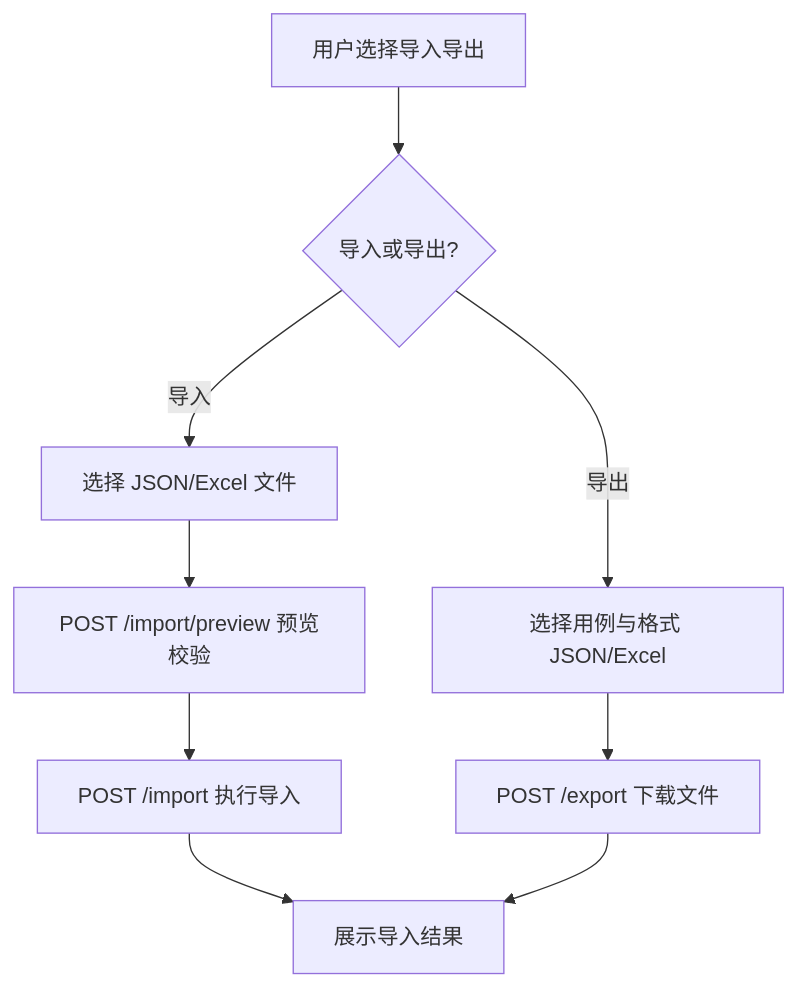
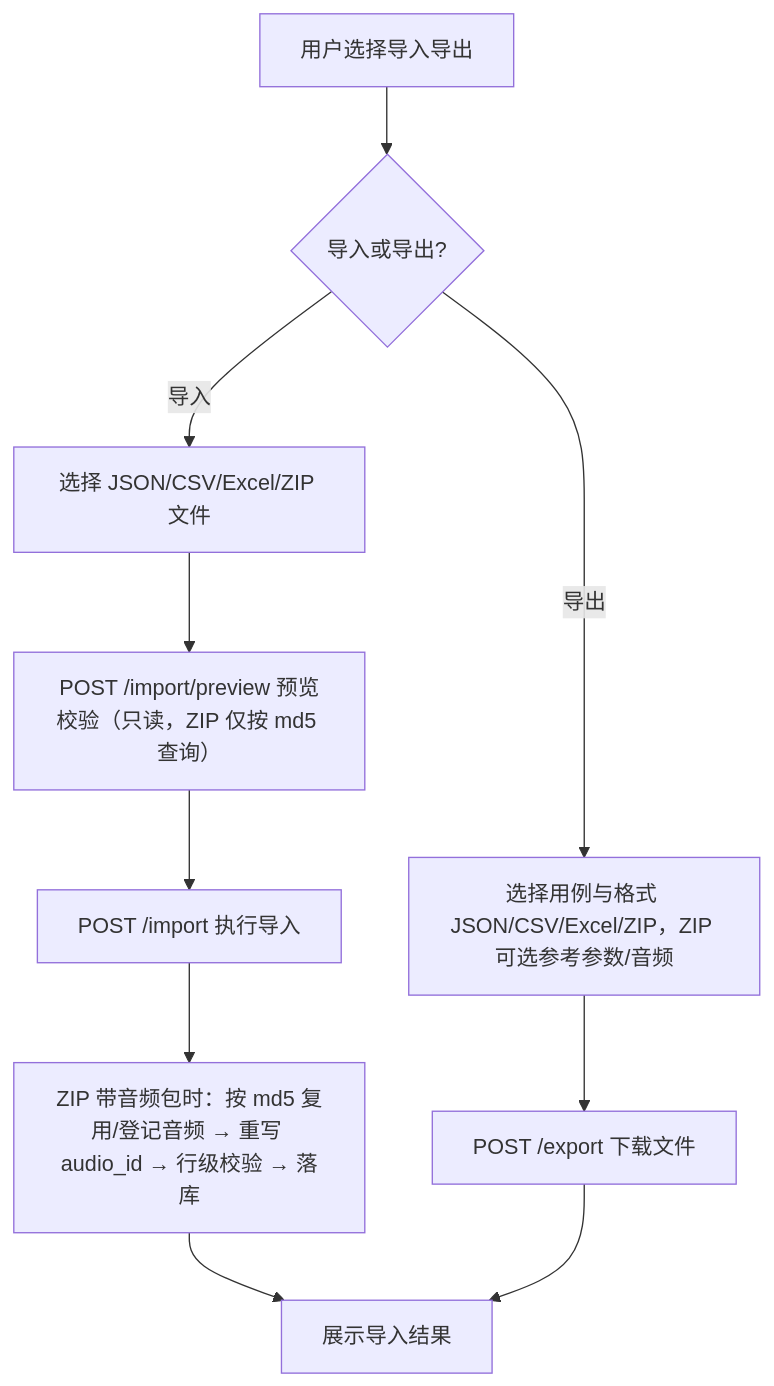
The third of 4 diagrams in Intelligent-Audio-TEST/doc/功能设计文档/07_用例管理/用例管理功能设计文档.md (ydz-auto/intelligent_audio_test), drawn with Mermaid before and after one commit. The commit also changed other lines of this file and 2 other files, not shown here.

First line of the commit message:
docs(INT-2308): 用例管理设计文档补 ZIP 数据包与音频回导口径，修正导入端已读 manifest 的过期表述

````diff
--- a/Intelligent-Audio-TEST/doc/功能设计文档/07_用例管理/用例管理功能设计文档.md
+++ b/Intelligent-Audio-TEST/doc/功能设计文档/07_用例管理/用例管理功能设计文档.md
@@ -363,11 +400,12 @@
 ```mermaid
 flowchart TD
     A[用户选择导入导出] --> B{导入或导出?}
-    B -->|导入| C[选择 JSON/Excel 文件]
-    C --> D[POST /import/preview 预览校验]
+    B -->|导入| C[选择 JSON/CSV/Excel/ZIP 文件]
+    C --> D[POST /import/preview 预览校验（只读，ZIP 仅按 md5 查询）]
     D --> E[POST /import 执行导入]
-    E --> I[展示导入结果]
-    B -->|导出| F[选择用例与格式 JSON/Excel]
+    E --> E2[ZIP 带音频包时：按 md5 复用/登记音频 → 重写 audio_id → 行级校验 → 落库]
+    E2 --> I[展示导入结果]
+    B -->|导出| F[选择用例与格式 JSON/CSV/Excel/ZIP，ZIP 可选参考参数/音频]
     F --> G[POST /export 下载文件]
     G --> I
 ```
````
